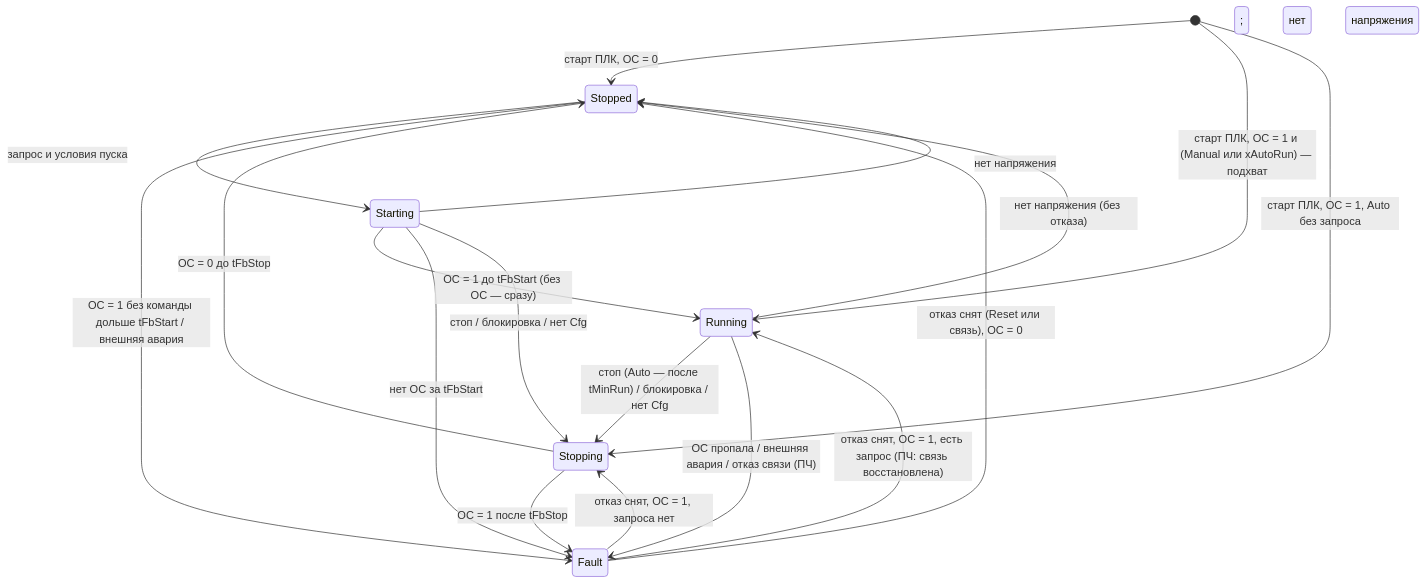
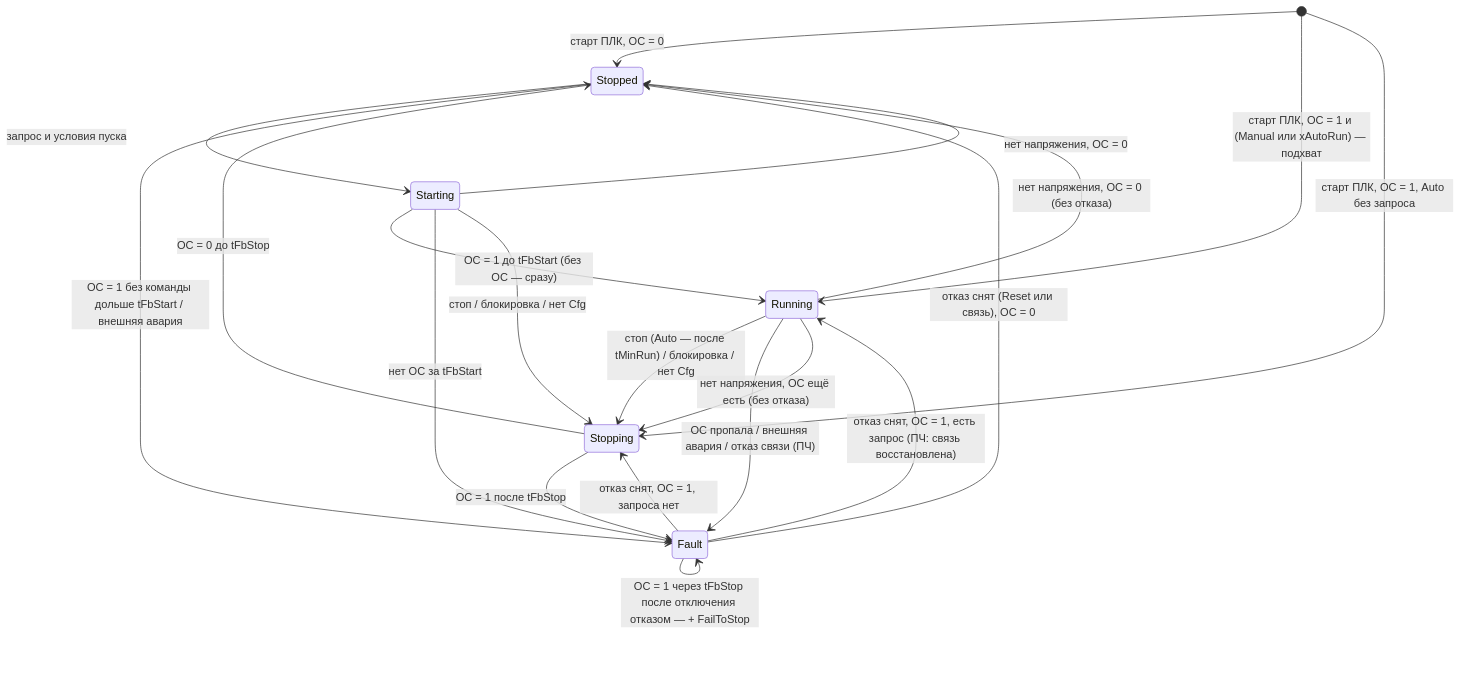
One commit to kr0nsch/plc-process-lib changed the diagram in docs/fb/FB_Motor.md. Above: the diagram before and after it, drawn with Mermaid. The commit also changed other lines of this file and 2 other files, not shown here.

````diff
--- a/docs/fb/FB_Motor.md
+++ b/docs/fb/FB_Motor.md
@@ -149,20 +157,22 @@
 ```mermaid
 stateDiagram-v2
     [*] --> Stopped : старт ПЛК, ОС = 0
     [*] --> Running : старт ПЛК, ОС = 1 и (Manual или xAutoRun) — подхват
     [*] --> Stopping : старт ПЛК, ОС = 1, Auto без запроса
     Stopped --> Starting : запрос и условия пуска
     Starting --> Running : ОС = 1 до tFbStart (без ОС — сразу)
     Starting --> Fault : нет ОС за tFbStart
     Starting --> Stopping : стоп / блокировка / нет Cfg
     Running --> Stopping : стоп (Auto — после tMinRun) / блокировка / нет Cfg
     Running --> Fault : ОС пропала / внешняя авария / отказ связи (ПЧ)
-    Starting --> Stopped : нет напряжения
-    Running --> Stopped : нет напряжения (без отказа)
-    Stopping --> Stopped : ОС = 0 до tFbStop; нет напряжения
+    Starting --> Stopped : нет напряжения, ОС = 0
+    Running --> Stopped : нет напряжения, ОС = 0 (без отказа)
+    Running --> Stopping : нет напряжения, ОС ещё есть (без отказа)
+    Stopping --> Stopped : ОС = 0 до tFbStop
     Stopping --> Fault : ОС = 1 после tFbStop
+    Fault --> Fault : ОС = 1 через tFbStop после отключения отказом — + FailToStop
     Stopped --> Fault : ОС = 1 без команды дольше tFbStart / внешняя авария
     Fault --> Stopped : отказ снят (Reset или связь), ОС = 0
     Fault --> Running : отказ снят, ОС = 1, есть запрос (ПЧ: связь восстановлена)
     Fault --> Stopping : отказ снят, ОС = 1, запроса нет
 ```
````
